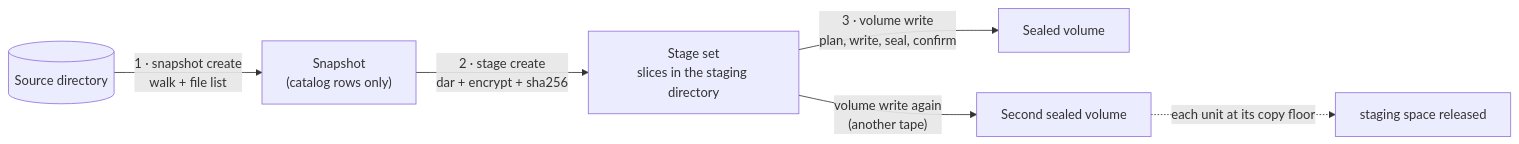
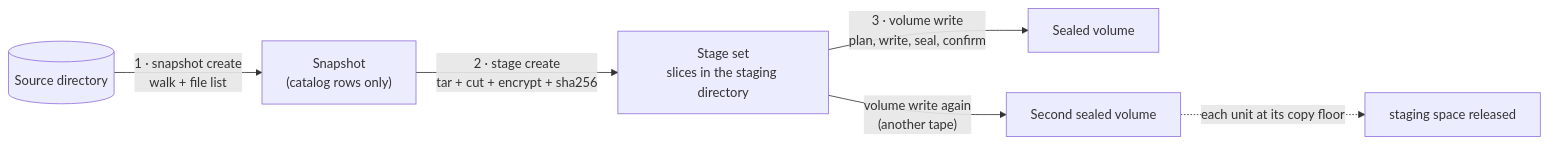
One commit to mikmorg/tapectl changed the first of 7 diagrams in docs/concepts.md. Above: the diagram before and after it, drawn with Mermaid. The commit also changed other lines of this file and 15 other files, not shown here.

````diff
--- a/docs/concepts.md
+++ b/docs/concepts.md
@@ -59,8 +59,8 @@
 ```mermaid
 flowchart LR
     D[("Source directory")] -->|"1 · snapshot create<br/>walk + file list"| S["Snapshot<br/>(catalog rows only)"]
-    S -->|"2 · stage create<br/>dar + encrypt + sha256"| SS["Stage set<br/>slices in the staging directory"]
+    S -->|"2 · stage create<br/>tar + cut + encrypt + sha256"| SS["Stage set<br/>slices in the staging directory"]
     SS -->|"3 · volume write<br/>plan, write, seal, confirm"| V["Sealed volume"]
     SS -->|"volume write again<br/>(another tape)"| V2["Second sealed volume"]
     V2 -.->|"each unit at its copy floor"| X["staging space released"]
 ```
````
